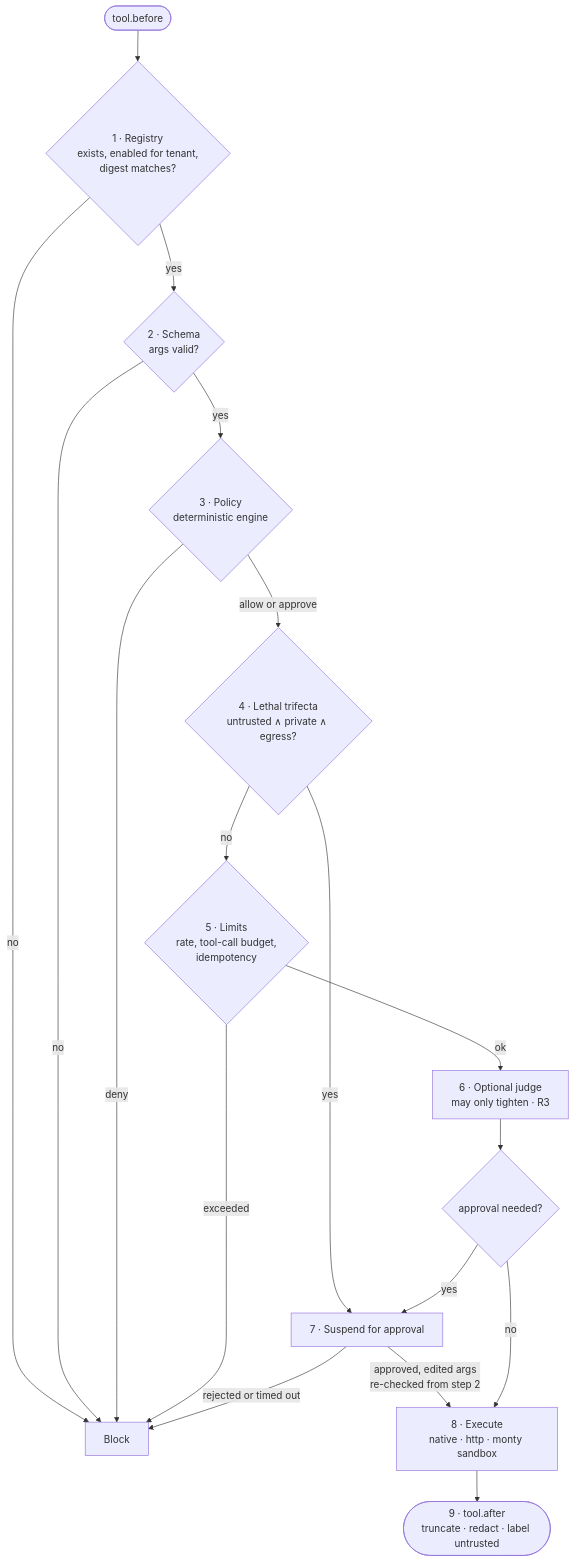
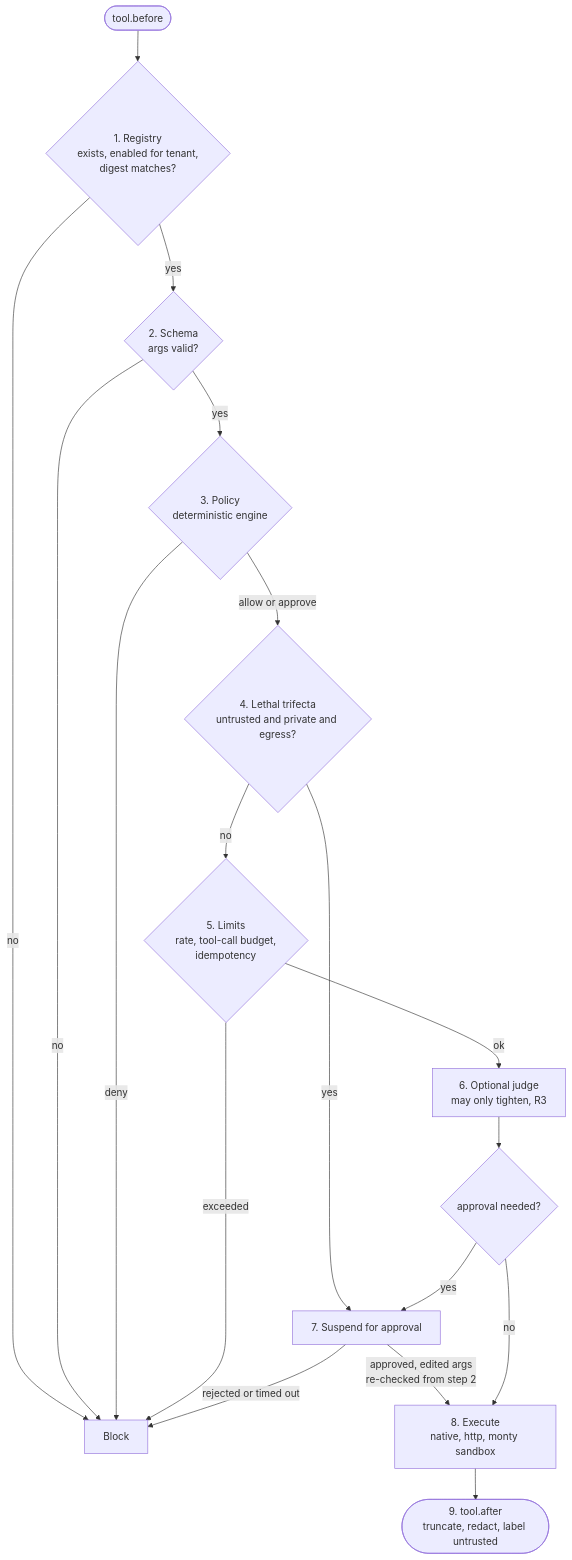
The tenth of 14 diagrams in DESIGNS.md (Nish459/HarnessWeaver), drawn with Mermaid before and after one commit. The commit also changed other lines of this file and 75 other files, not shown here.

````diff
--- a/DESIGNS.md
+++ b/DESIGNS.md
@@ -734,20 +753,20 @@
 ```mermaid
 flowchart TD
-    A([tool.before]) --> S1{1 · Registry<br/>exists, enabled for tenant,<br/>digest matches?}
+    A([tool.before]) --> S1{1. Registry<br/>exists, enabled for tenant,<br/>digest matches?}
     S1 -- no --> BLK[Block]
-    S1 -- yes --> S2{2 · Schema<br/>args valid?}
+    S1 -- yes --> S2{2. Schema<br/>args valid?}
     S2 -- no --> BLK
-    S2 -- yes --> S3{3 · Policy<br/>deterministic engine}
+    S2 -- yes --> S3{3. Policy<br/>deterministic engine}
     S3 -- deny --> BLK
-    S3 -- "allow or approve" --> S4{4 · Lethal trifecta<br/>untrusted ∧ private ∧ egress?}
+    S3 -- "allow or approve" --> S4{4. Lethal trifecta<br/>untrusted and private and egress?}
     S4 -- yes --> AP
-    S4 -- no --> S5{5 · Limits<br/>rate, tool-call budget,<br/>idempotency}
+    S4 -- no --> S5{5. Limits<br/>rate, tool-call budget,<br/>idempotency}
     S5 -- exceeded --> BLK
-    S5 -- ok --> S6[6 · Optional judge<br/>may only tighten · R3]
+    S5 -- ok --> S6[6. Optional judge<br/>may only tighten, R3]
     S6 --> NEED{approval needed?}
-    NEED -- yes --> AP[7 · Suspend for approval]
+    NEED -- yes --> AP[7. Suspend for approval]
     AP -- "approved, edited args<br/>re-checked from step 2" --> S8
     AP -- "rejected or timed out" --> BLK
-    NEED -- no --> S8[8 · Execute<br/>native · http · monty sandbox]
-    S8 --> S9([9 · tool.after<br/>truncate · redact · label untrusted])
+    NEED -- no --> S8[8. Execute<br/>native, http, monty sandbox]
+    S8 --> S9([9. tool.after<br/>truncate, redact, label untrusted])
 ```
````
